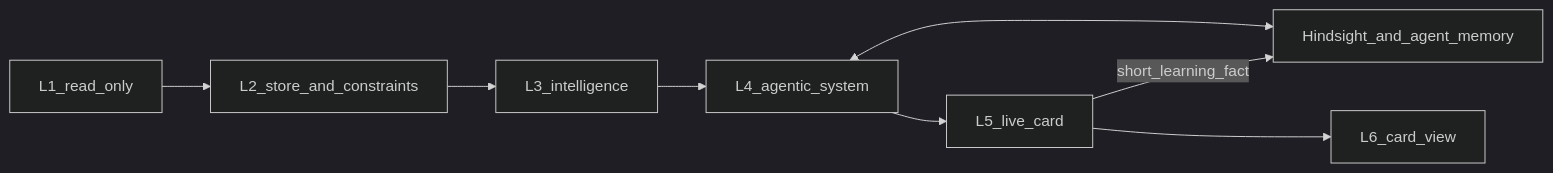
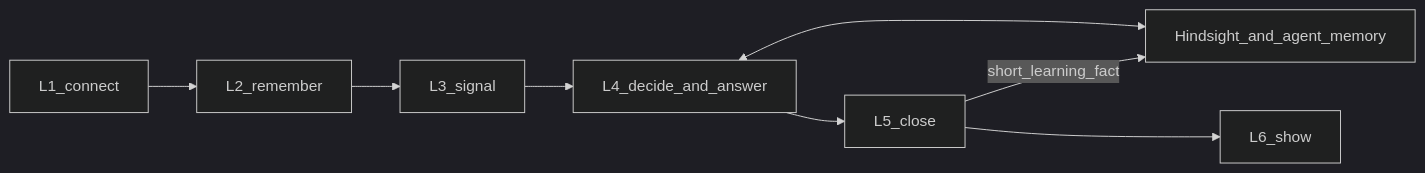
One commit to Stamped-Energy/stamped-external changed the diagram in technical/STAMPED_ARCHITECTURE.md. Above: the diagram before and after it, drawn with Mermaid (dark theme). The commit also changed other lines of this file and 14 other files, not shown here.

First line of the commit message:
docs(architecture): align identity with the four-outcome master document

````diff
--- a/technical/STAMPED_ARCHITECTURE.md
+++ b/technical/STAMPED_ARCHITECTURE.md
@@ -106,14 +114,14 @@
 ```mermaid
 flowchart LR
-  l1[L1_read_only]
-  l2[L2_store_and_constraints]
-  l3[L3_intelligence]
-  l4[L4_agentic_system]
+  l1[L1_connect]
+  l2[L2_remember]
+  l3[L3_signal]
+  l4[L4_decide_and_answer]
   mem[Hindsight_and_agent_memory]
-  l5[L5_live_card]
-  l6[L6_card_view]
+  l5[L5_close]
+  l6[L6_show]
   l1 --> l2 --> l3 --> l4
   l4 <--> mem
   l4 --> l5 --> l6
   l5 -->|"short_learning_fact"| mem
 ```
````
